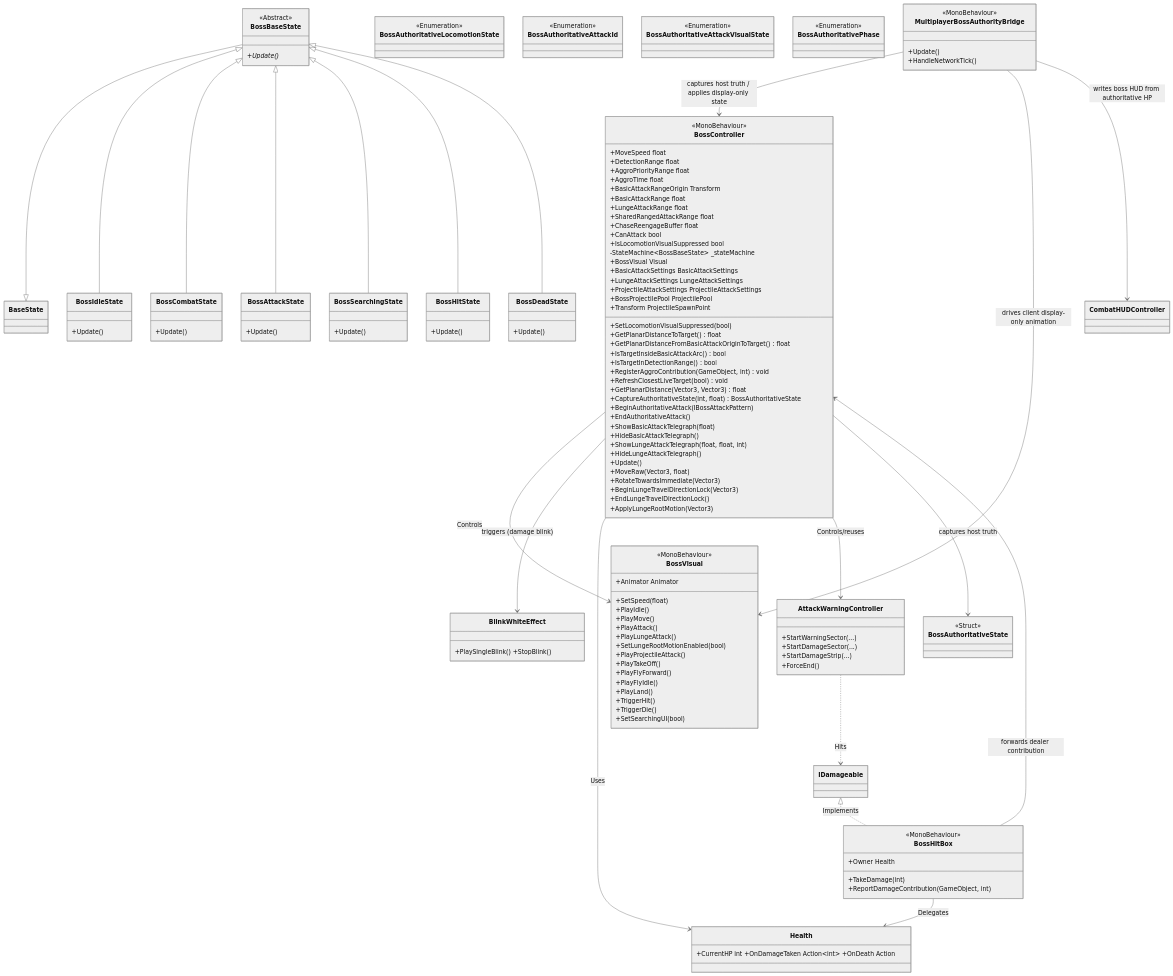
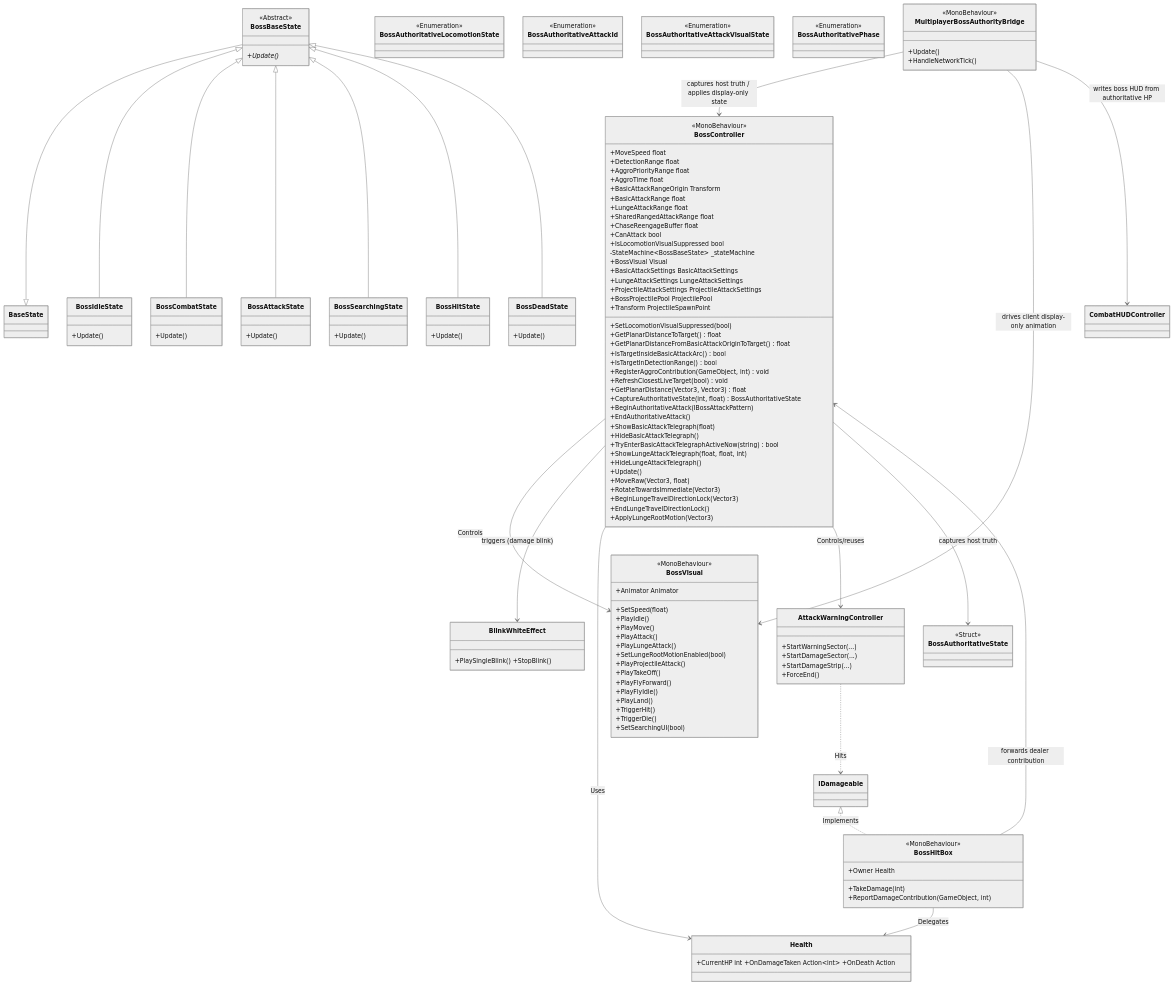
One commit to BallTank/BossRaidPortfolio changed the second of 4 diagrams in docs/technical/System_Blueprint.md. Above: the diagram before and after it, drawn with Mermaid (neutral theme). The commit also changed other lines of this file and 11 other files, not shown here.

```diff
--- a/docs/technical/System_Blueprint.md
+++ b/docs/technical/System_Blueprint.md
@@ -297,6 +297,7 @@
         +EndAuthoritativeAttack()
         +ShowBasicAttackTelegraph(float)
         +HideBasicAttackTelegraph()
+        +TryEnterBasicAttackTelegraphActiveNow(string) bool
         +ShowLungeAttackTelegraph(float, float, int)
         +HideLungeAttackTelegraph()
         +Update()
```
